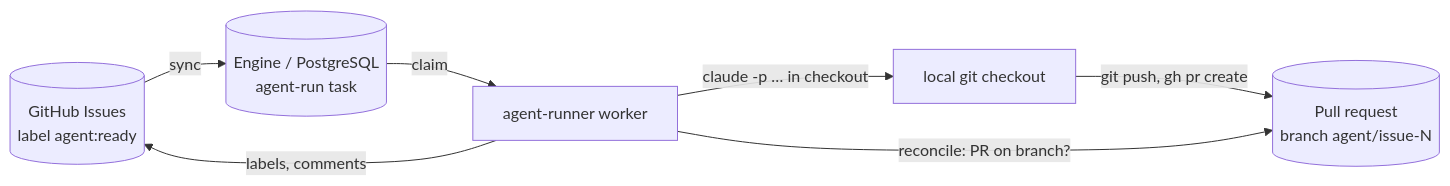
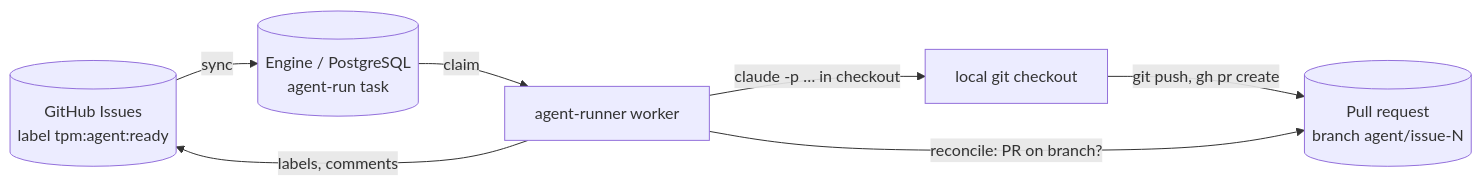
The first of 2 diagrams in docs/agent-runner.md (htalat/tpm), drawn with Mermaid before and after one commit. The commit also changed other lines of this file and 7 other files, not shown here.

Commit message:
agent-runner: namespace tracker labels as tpm:agent:*

````diff
--- a/docs/agent-runner.md
+++ b/docs/agent-runner.md
@@ -9,9 +9,9 @@
 ```mermaid
 flowchart LR
-  GH[(GitHub Issues<br/>label agent:ready)] -- sync --> E[(Engine / PostgreSQL<br/>agent-run task)]
+  GH[(GitHub Issues<br/>label tpm:agent:ready)] -- sync --> E[(Engine / PostgreSQL<br/>agent-run task)]
   E -- claim --> W[agent-runner worker]
   W -- labels, comments --> GH
   W -- claude -p … in checkout --> R[local git checkout]
   R -- git push, gh pr create --> PR[(Pull request<br/>branch agent/issue-N)]
   W -- reconcile: PR on branch? --> PR
 ```
````
